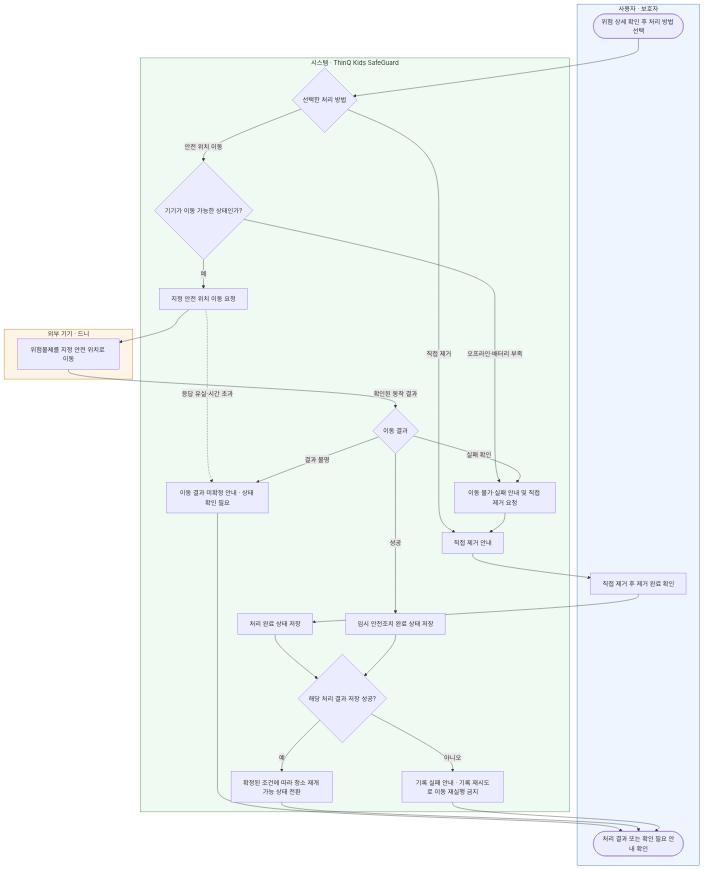
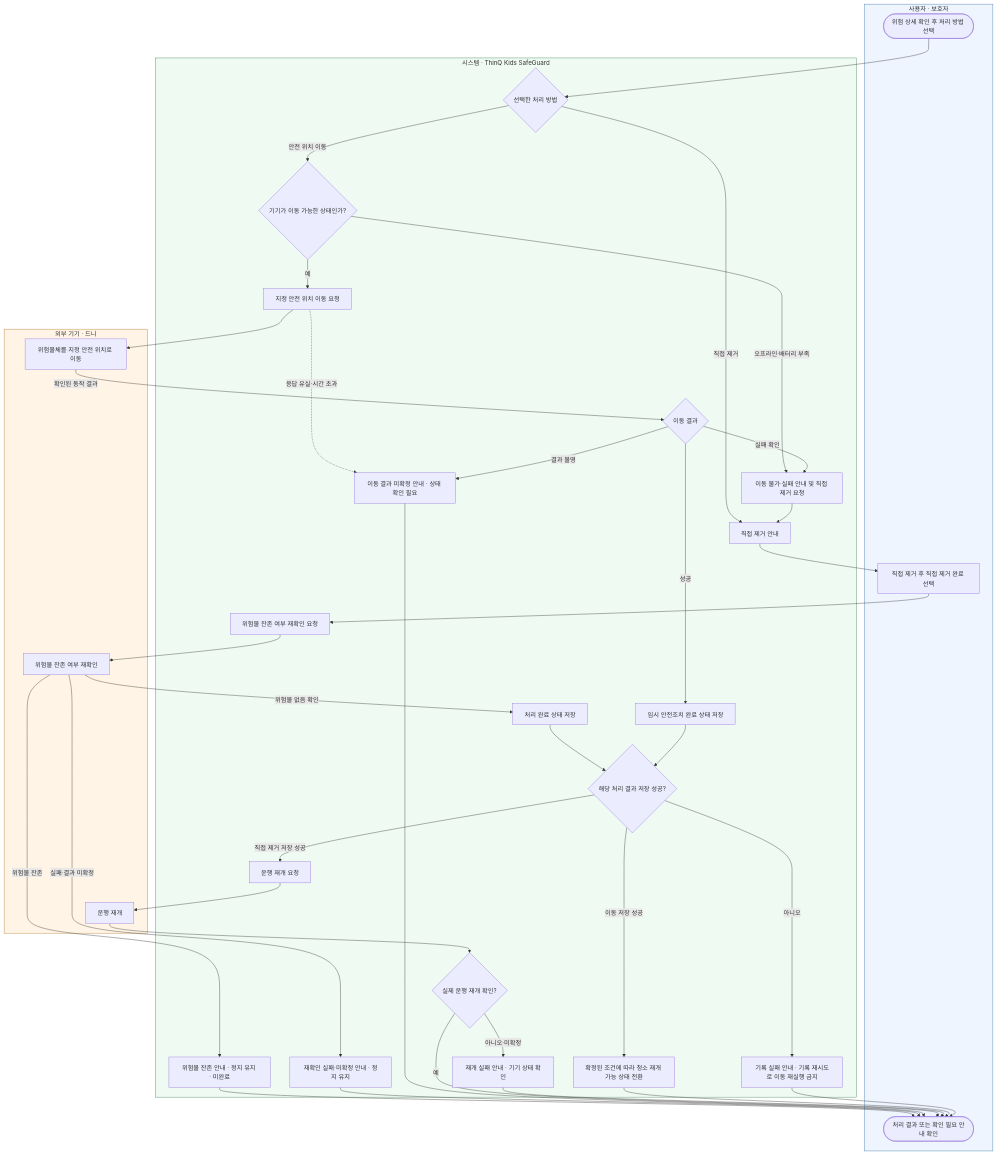
The diagram in docs/서비스흐름도/07_안전처리.mmd (suim3690-hash/deni), drawn with Mermaid before and after one commit. The commit also changed 12 other files, not shown here.

```diff
--- a/docs/서비스흐름도/07_안전처리.mmd
+++ b/docs/서비스흐름도/07_안전처리.mmd
@@ -1,40 +1,54 @@
 %% TKS_007 | FR-024~031 | 상세 확인 및 처리 권한 전제
-%% 이동·배터리·성공 확인·청소 재개 가능 조건 D-06 미정
+%% 직접 제거 후 위험물 재확인·운행 재개는 후속 사용자 결정. 기기 계약·이동 조건 D-06 미정
 flowchart TD
     subgraph USER["사용자 · 보호자"]
         U1(["위험 상세 확인 후 처리 방법 선택"])
-        U2["직접 제거 후 제거 완료 확인"]
+        U2["직접 제거 후 직접 제거 완료 선택"]
         U3(["처리 결과 또는 확인 필요 안내 확인"])
     end
     subgraph SERVICE["시스템 · ThinQ Kids SafeGuard"]
         S1{"선택한 처리 방법"}
         S2["직접 제거 안내"]
         S3{"기기가 이동 가능한 상태인가?"}
         S4["지정 안전 위치 이동 요청"]
         S5{"이동 결과"}
         S6["이동 불가·실패 안내 및 직접 제거 요청"]
         S7["처리 완료 상태 저장"]
         S8["임시 안전조치 완료 상태 저장"]
         S9{"해당 처리 결과 저장 성공?"}
         S10["확정된 조건에 따라 청소 재개 가능 상태 전환"]
         S11["기록 실패 안내 · 기록 재시도로 이동 재실행 금지"]
         S12["이동 결과 미확정 안내 · 상태 확인 필요"]
+        S13["위험물 잔존 여부 재확인 요청"]
+        S14["운행 재개 요청"]
+        S15["위험물 잔존 안내 · 정지 유지 · 미완료"]
+        S16["재확인 실패·미확정 안내 · 정지 유지"]
+        S17{"실제 운행 재개 확인?"}
+        S18["재개 실패 안내 · 기기 상태 확인"]
     end
     subgraph DEVICE["외부 기기 · 드니"]
         D1["위험물체를 지정 안전 위치로 이동"]
+        D2["위험물 잔존 여부 재확인"]
+        D3["운행 재개"]
     end
     U1 --> S1
-    S1 -->|직접 제거| S2 --> U2 --> S7 --> S9
+    S1 -->|직접 제거| S2 --> U2 --> S13 --> D2
+    D2 -->|위험물 없음 확인| S7 --> S9
+    D2 -->|위험물 잔존| S15 --> U3
+    D2 -->|실패·결과 미확정| S16 --> U3
     S1 -->|안전 위치 이동| S3
     S3 -->|예| S4 --> D1
     D1 -->|확인된 동작 결과| S5
     S4 -. "응답 유실·시간 초과" .-> S12
     S3 -->|오프라인·배터리 부족| S6 --> S2
     S5 -->|성공| S8 --> S9
     S5 -->|실패 확인| S6
     S5 -->|결과 불명| S12 --> U3
-    S9 -->|예| S10 --> U3
+    S9 -->|직접 제거 저장 성공| S14 --> D3 --> S17
+    S17 -->|예| U3
+    S17 -->|아니오·미확정| S18 --> U3
+    S9 -->|이동 저장 성공| S10 --> U3
     S9 -->|아니오| S11 --> U3
     style USER fill:#eef5ff,stroke:#3973ac
     style SERVICE fill:#effaf3,stroke:#398353
     style DEVICE fill:#fff4e5,stroke:#b47720
```
